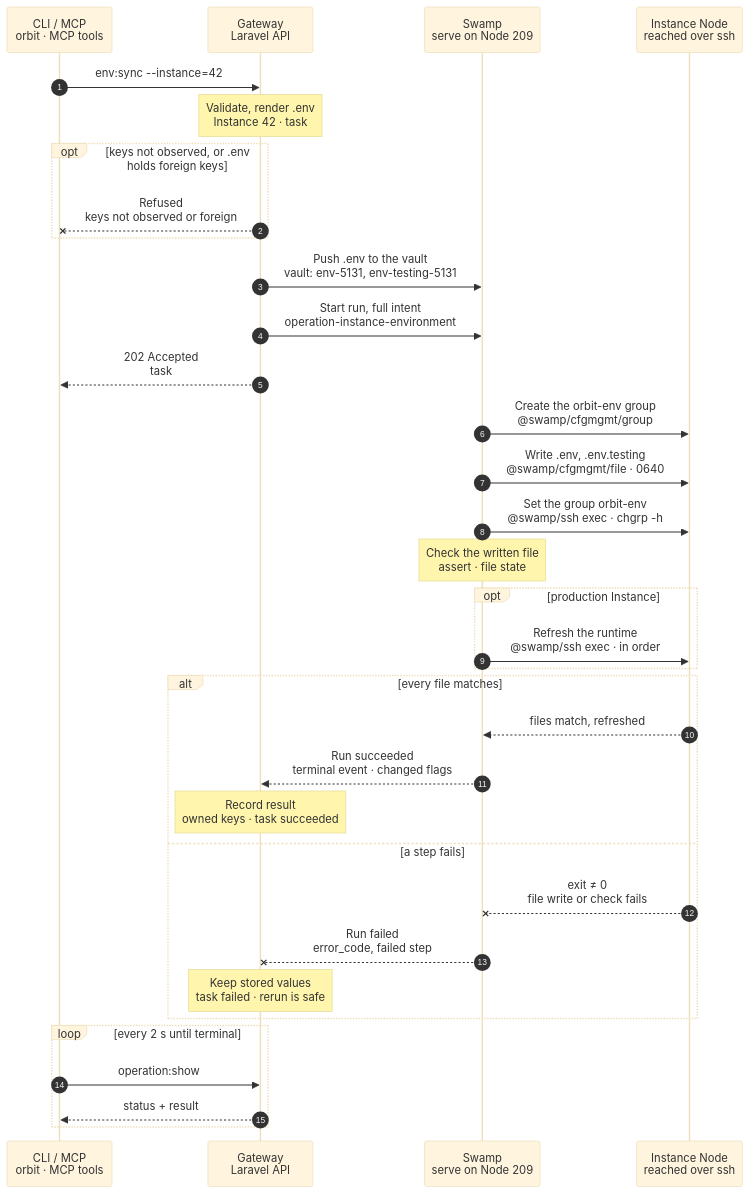
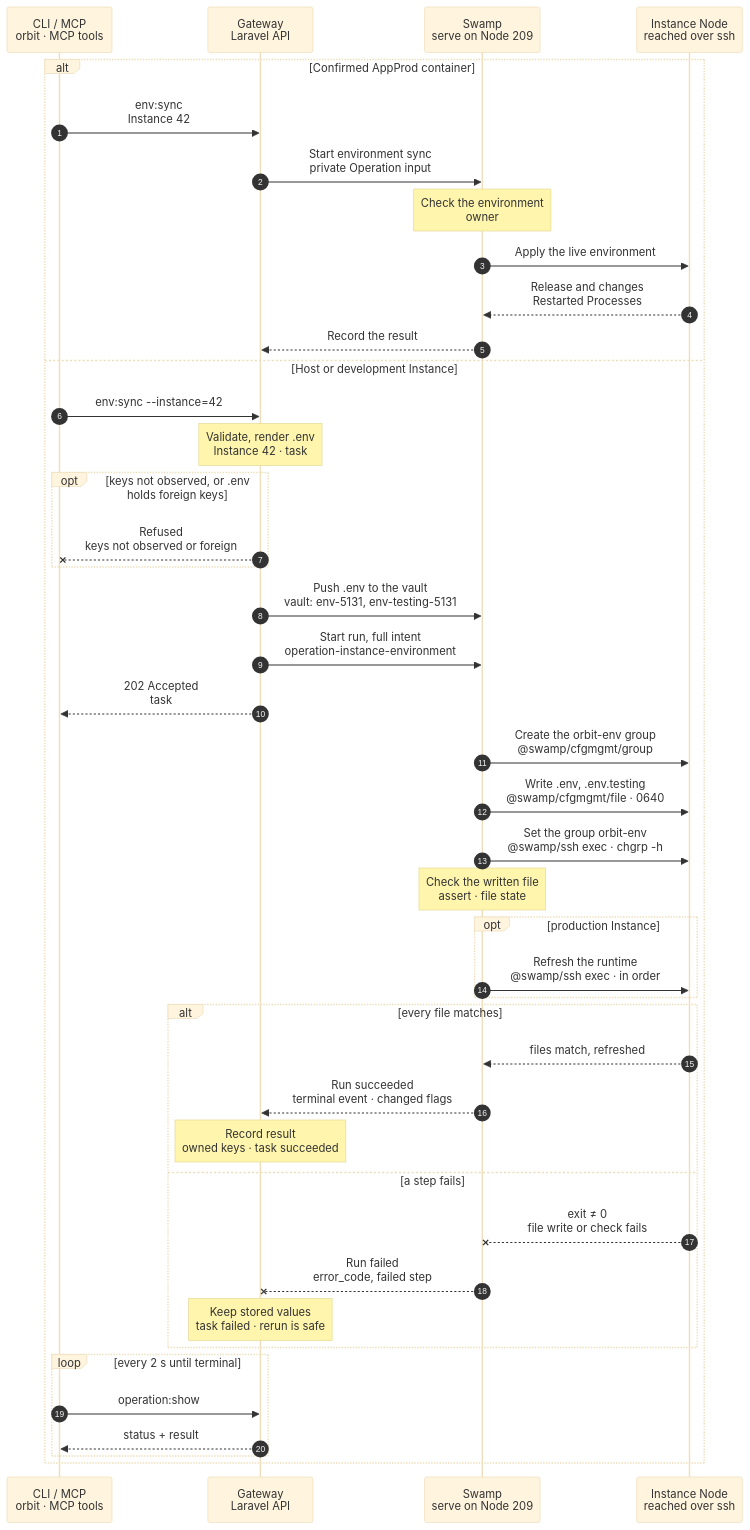
One commit to hardimpactdev/orbit changed the diagram in docs/cli/env/sync.mmd. Above: the diagram before and after it, drawn with Mermaid (base theme). The commit also changed 336 other files, not shown here.

First line of the commit message:
Run Gateway and AppProd releases through a shared Swamp container workflow (#4012)

```diff
--- a/docs/cli/env/sync.mmd
+++ b/docs/cli/env/sync.mmd
@@ -1,158 +1,167 @@
 sequenceDiagram
   %% Target design: ADR 0244 task, R1-R4, decision swamp-vault-secrets (vault.get), orbit-gateway-renders-create-env (Gateway owns .env, no read-back), DECISIONS instance.sync_environment (vault after commit, @swamp/ssh from 209, no private-material fetch, no per-Node worker). docs/reference/environment-variables.md.
   %% Tightened: flow-tighten 2026-11-02, rules 14, 22 (cfgmgmt file for both files, its check as the end check; no script read, foreign-key check, report or assert step).
   %% Decided: Nick 2026-11-02, foreign-key protection at admission from the key names the Node agent reports; .env.testing only for an owned MySQL/PostgreSQL database, in the same file step.
   %% status: migrated
   %% Decided: Nick 2026-11-03, option 1: Orbit writes a managed .env as 0640 with group orbit-env, the agent's unit holds that group and reports key names only; a .env the agent can't read is not observed.
   %% command: env:sync
   %% kind: instance.sync_environment
   autonumber
   %% lane CLI icon=terminal pill=caller tone=gray
   %% lane GW icon=gateway pill=intent tone=blue
   %% lane SW icon=workflow pill=executes tone=green
   %% lane N icon=server pill=target tone=amber
   participant CLI as CLI / MCP<br/>orbit · MCP tools
   participant GW as Gateway<br/>Laravel API
   participant SW as Swamp<br/>serve on Node 209
   participant N as Instance Node<br/>reached over ssh
+  alt Confirmed AppProd container
+    CLI->>GW: env:sync<br/>Instance 42
+    GW->>SW: Start environment sync<br/>private Operation input
+    Note over SW: Check the environment<br/>owner
+    SW->>N: Apply the live environment
+    N-->>SW: Release and changes<br/>Restarted Processes
+    SW-->>GW: Record the result
+  else Host or development Instance
   CLI->>GW: env:sync --instance=42
   %%> Command:
   %%> - `orbit env:sync --instance=42`
   %%> - syntax: `env:sync --instance=SELECTOR [--force] [--json]`
   %%> Input:
   %%> - the Instance: a numeric Instance ID or the exact domain of its Route
   %%> - `--force` overwrites keys that only the Node's `.env` holds
   %%> Who can call it:
   %%> - the `orbit` CLI and the MCP tool send the same request
   Note over GW: Validate, render .env<br/>Instance 42 · task #5131
   %%> Requirements:
   %%> - your Node has an access grant to Node 12, the Node of Instance 42
   %%> - Instance 42 is active, on a Node with exactly one active `app-dev` or `app-prod` role
   %%> - Instance 42 has stored configuration (`env.configuration_missing` otherwise)
   %%> - a stored `{{instance.domain}}` needs a settled Route (`env.reference_unavailable` otherwise)
   %%> - no other task holds Instance 42; the Gateway holds one lock per Instance and waits briefly for a busy one
   %%> Checks foreign keys:
   %%> - compares the `.env` key names the Node agent reported with the stored and owned keys; no values are read
   %%> - Orbit writes a managed `.env` as 0640 with group `orbit-env`, which the agent's unit holds
   %%> - a `.env` the agent can't read, such as a hand-made 0600 file or a link, or a silent agent, leaves the names not observed
   %%> - when the agent reports that Git tracks `.env.testing`, the plan writes none
   %%> Renders .env:
   %%> - every stored key in sorted order, as a quoted value
   %%> - `{{instance.domain}}` from the Route, `{{instance.environment}}` from the Node role
   %%> Renders .env.testing:
   %%> - only when Instance 42 owns a database on a MySQL or PostgreSQL server
   %%> - the same `.env` with `APP_ENV=testing` and the test database credentials
   %%> - SQLite: none; `phpunit.xml` (`:memory:`) decides
   %%> Result:
   %%> - task #5131 recorded with the full intent and the sha256 of each rendered file
   %%> - nothing has happened on the Node yet
   opt keys not observed, or .env holds foreign keys
     GW--xCLI: Refused<br/>keys not observed or foreign
     %%> When:
     %%> - `env.keys_not_observed`: the Node agent has not reported the `.env` key names, and `--force` is not set
     %%> - `env.sync_would_drop_keys`: the Node's `.env` holds keys that Orbit neither stores nor wrote, and `--force` is not set
     %%> Result:
     %%> - the refusal names the keys; no task and no run start
     %%> Next:
     %%> - foreign keys: `env:import` adopts them first, or `env:sync --force` replaces the file
     %%> - not observed, as for a `.env` written 0600 before this mode: `env:import`, then `env:sync --force`, which drops nothing and writes the file 0640
   end
   GW->>SW: Push .env to the vault<br/>vault: env-5131, env-testing-5131
   %%> Why:
   %%> - `.env` holds secrets, which travel only through the vault (R3)
   %%> What it does:
   %%> - after the task commits, pushes the rendered files into Swamp's vault on Node 209
   %%> Result:
   %%> - the run reads them with `vault.get`; no step calls the Gateway back
   GW->>SW: Start run, full intent<br/>operation-instance-environment
   %%> What it does:
   %%> - starts one Swamp run on serve (Node 209)
   %%> Inputs:
   %%> - Node 12's address and SSH host keys; the SSH identity comes from the `swamp` role
   %%> - the account, the application directory, the file paths and the expected sha256 of each file
   %%> - the key names Orbit wrote last time, which it may remove
   %%> - production only: the release path and the Processes with `restart_on_deploy`
   %%> - secrets only as vault key names
   GW-->>CLI: 202 Accepted<br/>task #5131
   %%> What you get:
   %%> - the task number, at once
   %%> Next:
   %%> - the CLI follows the task with `operation:show`
   SW->>N: Create the orbit-env group<br/>@swamp/cfgmgmt/group
   %%> What it does:
   %%> - creates the system group when the Node lacks it; the Node agent's unit holds it
   SW->>N: Write .env, .env.testing<br/>@swamp/cfgmgmt/file · 0640
   %%> How:
   %%> - Swamp reaches Node 12 over SSH from 209 with `@swamp/ssh` and the official `@swamp/cfgmgmt/file` behavior; nothing is copied to the Node
   %%> What it does:
   %%> - writes the rendered `.env` from `vault.get env-5131`, mode `0640`
   %%> - with an owned MySQL or PostgreSQL database, writes `.env.testing` in the same step, replacing its content; no merge
   %%> - a Git-tracked `.env.testing` stays untouched: admission planned none
   %%> - leaves a file that already matches in place
   %%> Runs as:
   %%> - the Instance account, in its own directory, so no root write follows a link the account placed
   %%> Not included:
   %%> - renders nothing; the Gateway already rendered the files
   SW->>N: Set the group orbit-env<br/>@swamp/ssh exec · chgrp -h
   %%> What it does:
   %%> - root runs `chgrp -h orbit-env` on the written files; `-h` never follows a link
   %%> - the Node agent's unit holds `orbit-env`, so it may read the `.env` key names; it never reads `.env.testing`
   Note over SW: Check the written file<br/>assert · file state
   %%> What it does:
   %%> - compares the sha256 the file behavior recorded for each file with the rendered one
   %%> Why:
   %%> - the sync only counts when the Node holds exactly what the Gateway rendered
   %%> - a rerun writes and checks again
   opt production Instance
     SW->>N: Refresh the runtime<br/>@swamp/ssh exec · in order
     %%> When:
     %%> - on every production sync, also when `.env` did not change
     %%> What it does:
     %%> - runs `php artisan config:cache` as the Instance account in the release, as one `@swamp/ssh exec`, when the release has a config cache; an uncached release stays uncached
     %%> - reloads the PHP-FPM pool to reset OPcache
     %%> - restarts the running Processes that have `restart_on_deploy`
     %%> - each action is one `@swamp/ssh exec` command, one at a time
     %%> Not included:
     %%> - development Instances: they only get the file
   end
   alt every file matches
     N-->>SW: files match, refreshed
     %%> Returns:
     %%> - whether each file changed, and the runtime refresh status
     %%> Not returned:
     %%> - no values and no file content
     SW-->>GW: Run succeeded<br/>terminal event · changed flags
     %%> How the Gateway learns it:
     %%> - its shared run reader sees the terminal event and reads the run's outputs; Swamp never calls the Gateway
     Note over GW: Record result<br/>owned keys · task succeeded
     %%> Result:
     %%> - the synced key names become the keys Orbit owns on Instance 42
     %%> - task #5131 succeeds with `changed`, the testing status and the refresh status
   else a step fails
     N--xSW: exit ≠ 0<br/>file write or check fails
     %%> When:
     %%> - SSH fails, a write fails, or a file does not match after the write
     %%> How:
     %%> - the failing step ends the run with its own exit code; there is no report step
     %%> - production: the config cache or the Process restart fails
     SW--xGW: Run failed<br/>error_code, failed step
     %%> The Gateway reads:
     %%> - which step failed and its error code
     Note over GW: Keep stored values<br/>task failed · rerun is safe
     %%> Result:
     %%> - stored values and the owned-key list stay as they were
     %%> - task #5131 fails
     %%> On the Node:
     %%> - a refused file stays unchanged; a failed cache build keeps the old cache
     %%> - a file already written stays; there is no rollback
     %%> Retry:
     %%> - fix the cause, then run `env:sync` again; it is a new task
   end
   loop every 2 s until terminal
     CLI->>GW: operation:show #5131
     %%> What it does:
     %%> - asks for the task's status every 2 seconds until it has ended
     GW-->>CLI: status + result
     %%> Returns:
     %%> - the current status, and the result once the task has ended
   end
+  end
```
